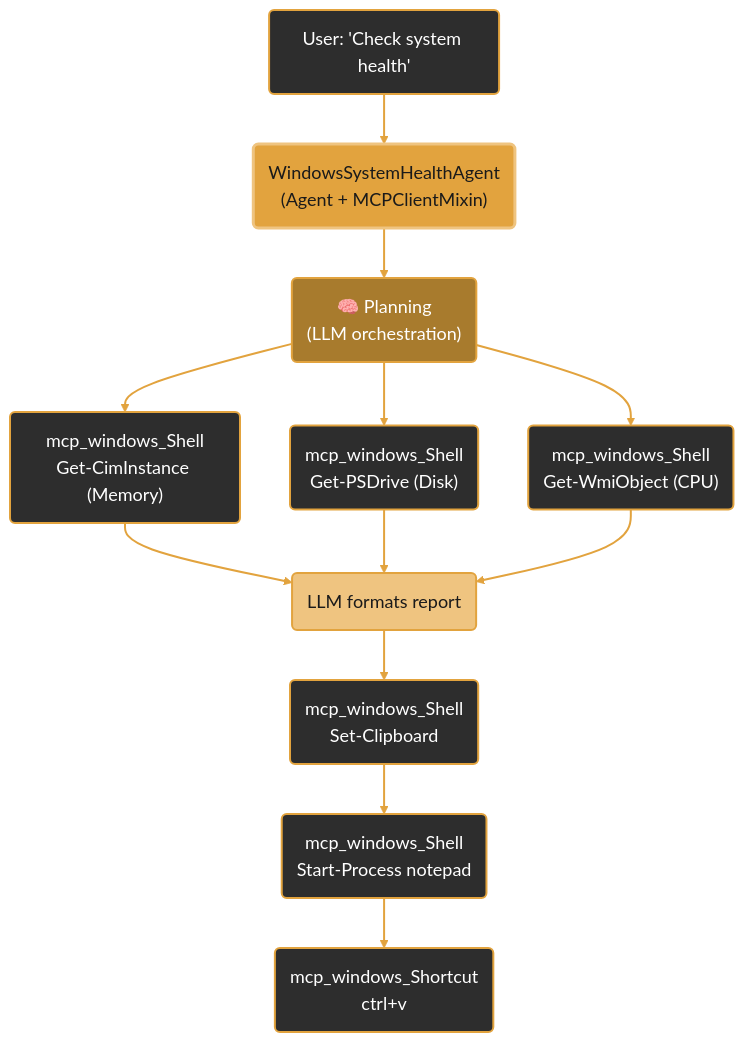
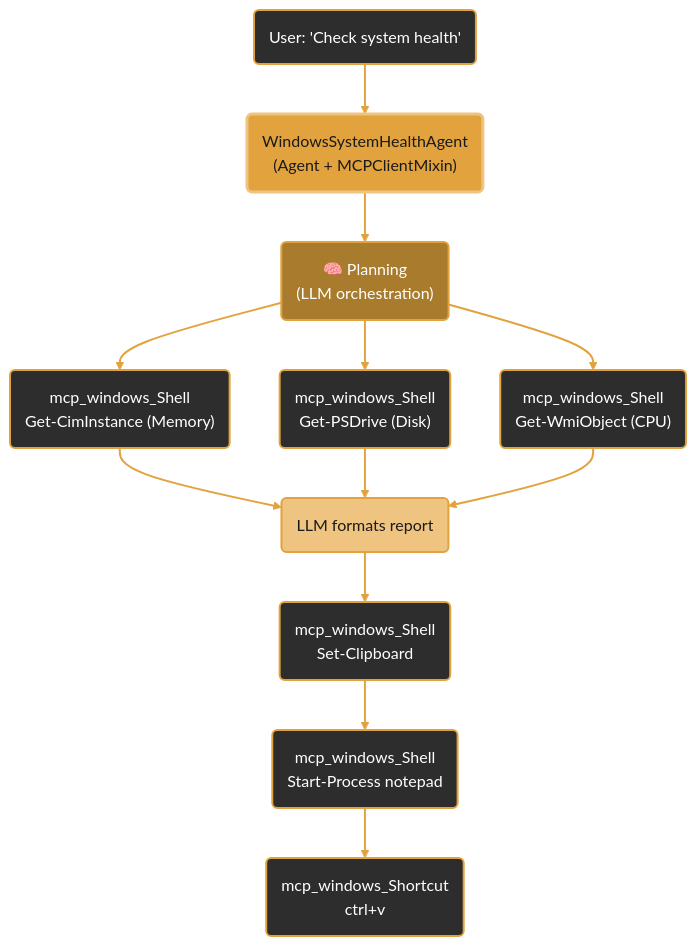
Before and after one commit to amd/gaia: the diagram in docs/guides/mcp/windows-system-health.mdx, drawn with Mermaid. The commit also changed 43 other files, not shown here.

First line of the commit message:
docs: documentation audit pass 1 — accuracy, dark-mode diagrams, persona review

````diff
--- a/docs/guides/mcp/windows-system-health.mdx
+++ b/docs/guides/mcp/windows-system-health.mdx
@@ -68,35 +68,35 @@
 ```mermaid
-%%{init: {'theme':'base', 'themeVariables': { 'primaryColor':'#E2A33E', 'fontSize':'18px', 'lineColor':'#E2A33E', 'primaryTextColor':'#1a1a1a', 'edgeLabelBackground':'#1a1a1a'}, 'flowchart': {'curve': 'basis'}}}%%
+%%{init: {'theme':'base', 'themeVariables': { 'primaryColor':'#E2A33E', 'primaryTextColor':'#1a1a1a', 'primaryBorderColor':'#A87B2D', 'lineColor':'#A87B2D', 'edgeLabelBackground':'#ffffff', 'fontFamily':'system-ui, -apple-system, sans-serif'}, 'flowchart': {'curve': 'basis'}}}%%
 graph TB
     User("User: 'Check system health'")
     Agent("WindowsSystemHealthAgent<br/>(Agent + MCPClientMixin)")
     Plan("🧠 Planning<br/>(LLM orchestration)")
 
     User --> Agent
     Agent --> Plan
 
     Plan --> Shell1("mcp_windows_Shell<br/>Get-CimInstance (Memory)")
     Plan --> Shell2("mcp_windows_Shell<br/>Get-PSDrive (Disk)")
     Plan --> Shell3("mcp_windows_Shell<br/>Get-WmiObject (CPU)")
 
     Shell1 --> Format("LLM formats report")
     Shell2 --> Format
     Shell3 --> Format
 
     Format --> Clipboard("mcp_windows_Shell<br/>Set-Clipboard")
     Clipboard --> Notepad("mcp_windows_Shell<br/>Start-Process notepad")
     Notepad --> Paste("mcp_windows_Shortcut<br/>ctrl+v")
 
     style User fill:#2d2d2d,stroke:#E2A33E,stroke-width:2px,color:#fff
     style Agent fill:#E2A33E,stroke:#EFC480,stroke-width:3px,color:#1a1a1a
     style Plan fill:#A87B2D,stroke:#E2A33E,stroke-width:2px,color:#fff
     style Shell1 fill:#2d2d2d,stroke:#E2A33E,stroke-width:2px,color:#fff
     style Shell2 fill:#2d2d2d,stroke:#E2A33E,stroke-width:2px,color:#fff
     style Shell3 fill:#2d2d2d,stroke:#E2A33E,stroke-width:2px,color:#fff
     style Format fill:#EFC480,stroke:#E2A33E,stroke-width:2px,color:#1a1a1a
     style Clipboard fill:#2d2d2d,stroke:#E2A33E,stroke-width:2px,color:#fff
     style Notepad fill:#2d2d2d,stroke:#E2A33E,stroke-width:2px,color:#fff
     style Paste fill:#2d2d2d,stroke:#E2A33E,stroke-width:2px,color:#fff
 
     linkStyle default stroke:#E2A33E,stroke-width:2px
 ```
````
